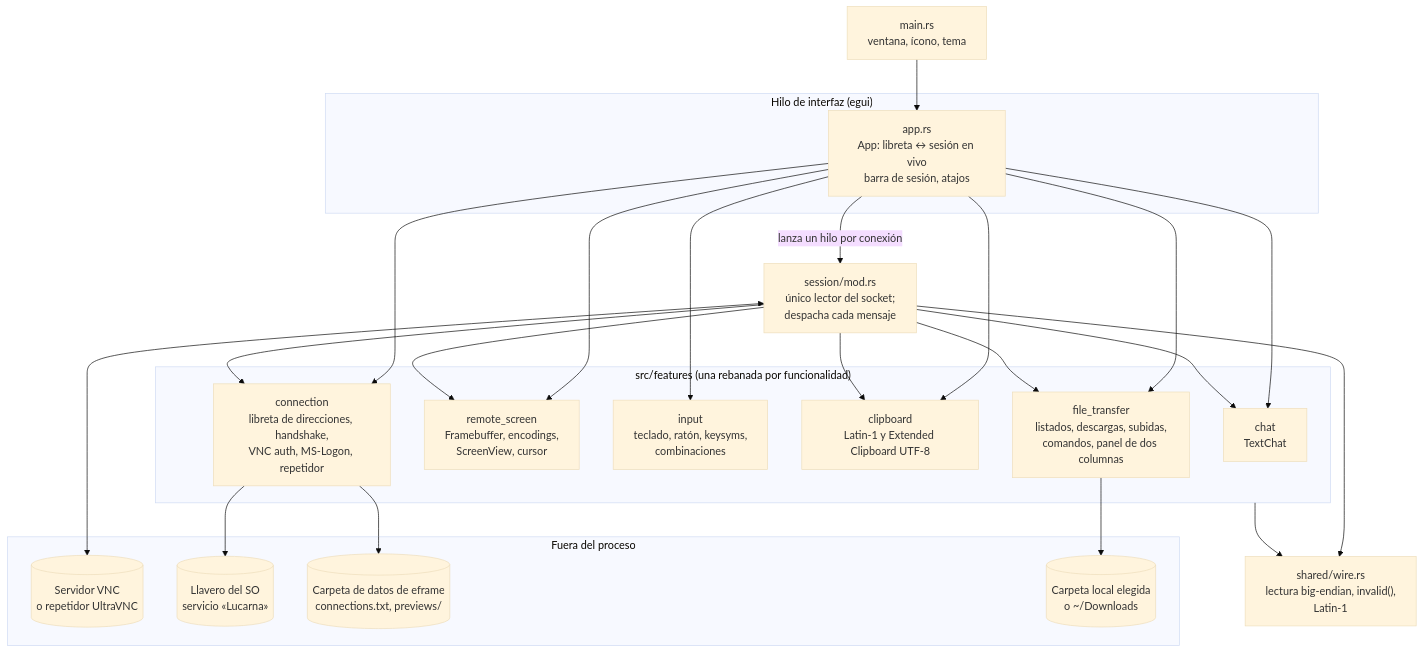
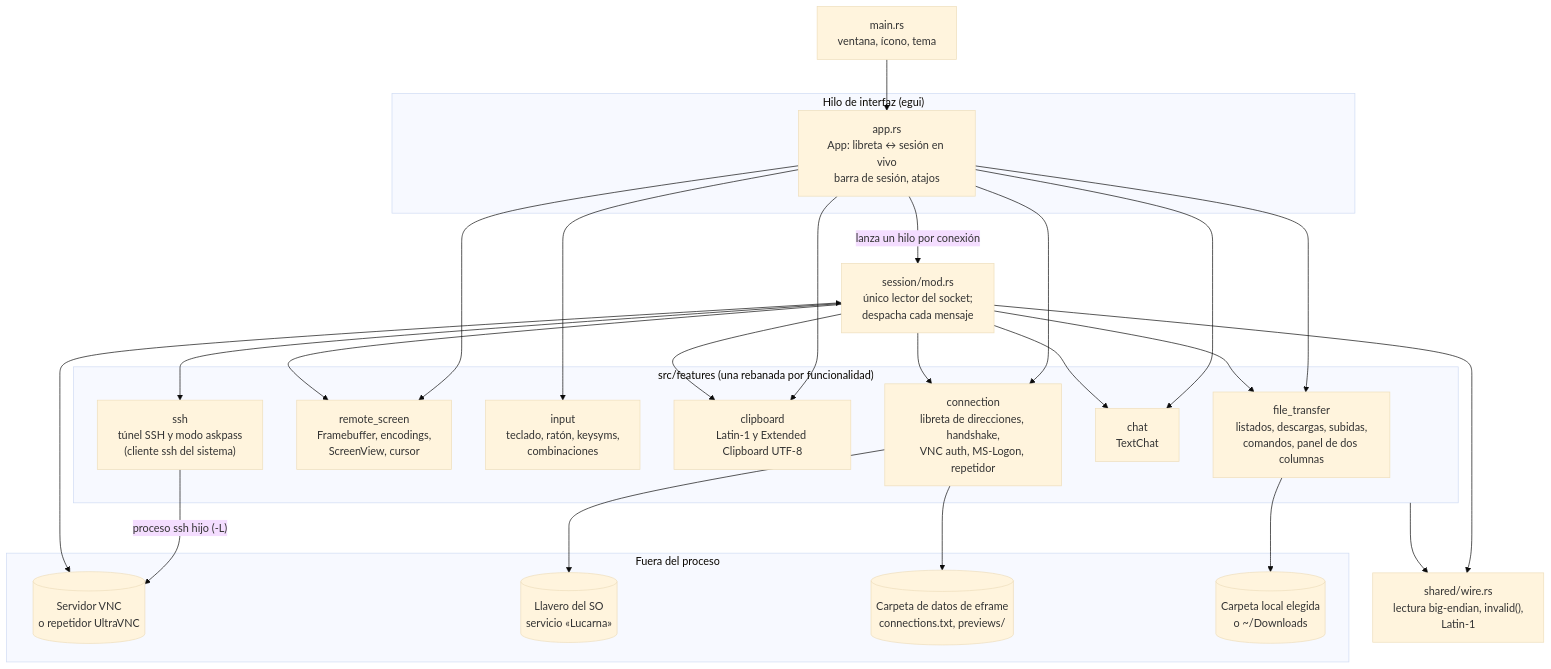
Before and after one commit to BuilderJoy/lucarna: the first of 6 diagrams in docs/ARCHITECTURE.md, drawn with Mermaid (base theme). The commit also changed other lines of this file and 12 other files, not shown here.

````diff
--- a/docs/ARCHITECTURE.md
+++ b/docs/ARCHITECTURE.md
@@ -16,37 +16,39 @@
 ```mermaid
 flowchart TB
     main["main.rs<br/>ventana, ícono, tema"] --> app
 
     subgraph UI["Hilo de interfaz (egui)"]
         app["app.rs<br/>App: libreta ↔ sesión en vivo<br/>barra de sesión, atajos"]
     end
 
     subgraph F["src/features (una rebanada por funcionalidad)"]
         connection["connection<br/>libreta de direcciones, handshake,<br/>VNC auth, MS-Logon, repetidor"]
         screen["remote_screen<br/>Framebuffer, encodings,<br/>ScreenView, cursor"]
         input["input<br/>teclado, ratón, keysyms,<br/>combinaciones"]
         clipboard["clipboard<br/>Latin-1 y Extended Clipboard UTF-8"]
         ft["file_transfer<br/>listados, descargas, subidas,<br/>comandos, panel de dos columnas"]
         chat["chat<br/>TextChat"]
+        ssh["ssh<br/>túnel SSH y modo askpass<br/>(cliente ssh del sistema)"]
     end
 
     session["session/mod.rs<br/>único lector del socket;<br/>despacha cada mensaje"]
     wire["shared/wire.rs<br/>lectura big-endian, invalid(),<br/>Latin-1"]
 
     app --> connection & screen & input & clipboard & ft & chat
     app -- "lanza un hilo por conexión" --> session
-    session --> connection & screen & clipboard & ft & chat
+    session --> connection & screen & clipboard & ft & chat & ssh
+    ssh -- "proceso ssh hijo (-L)" --> server
     F --> wire
     session --> wire
 
     subgraph EXT["Fuera del proceso"]
         server[("Servidor VNC<br/>o repetidor UltraVNC")]
         keychain[("Llavero del SO<br/>servicio «Lucarna»")]
         disk[("Carpeta de datos de eframe<br/>connections.txt, previews/")]
         downloads[("Carpeta local elegida<br/>o ~/Downloads")]
     end
 
     session <--> server
     connection --> keychain & disk
     ft --> downloads
 ```
````
